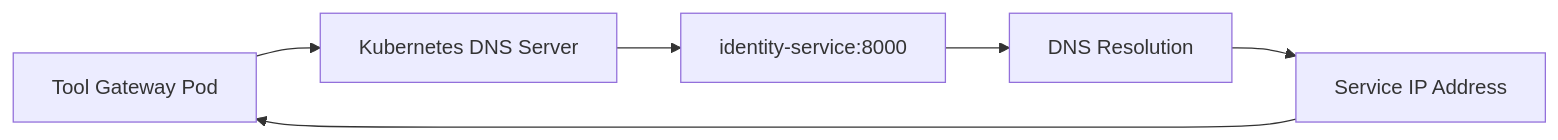
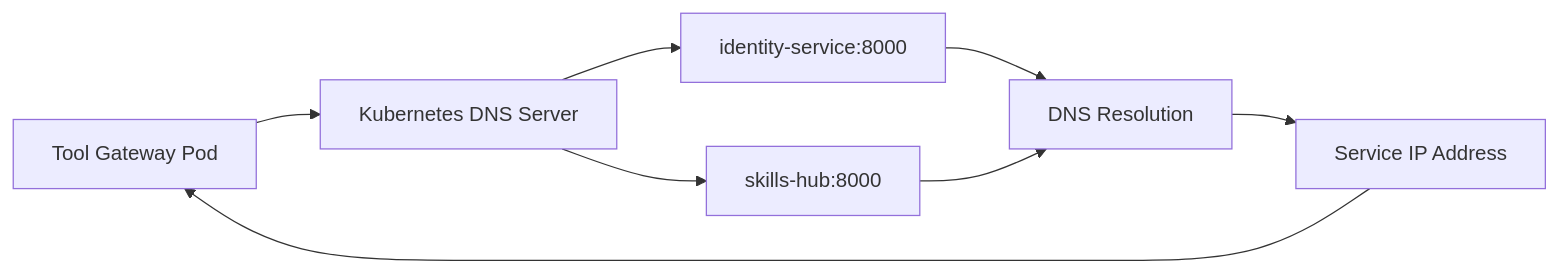
Before and after one commit to metasync/luban-aiops: the fifth of 11 diagrams in .qoder/repowiki/en/content/Tool Gateway Service/Configuration and Environment Setup.md, drawn with Mermaid. The commit also changed other lines of this file and 64 other files, not shown here.

Commit message:
docs: refresh repowiki knowledge cache for SPEC-014 skills hub

````diff
--- a/.qoder/repowiki/en/content/Tool Gateway Service/Configuration and Environment Setup.md
+++ b/.qoder/repowiki/en/content/Tool Gateway Service/Configuration and Environment Setup.md
@@ -207,8 +232,10 @@
 ```mermaid
 graph LR
 Client["Tool Gateway Pod"] --> DNS["Kubernetes DNS Server"]
 DNS --> Identity["identity-service:8000"]
+DNS --> SkillsHub["skills-hub:8000"]
 Identity --> Resolver["DNS Resolution"]
+SkillsHub --> Resolver
 Resolver --> IP["Service IP Address"]
 IP --> Client
 ```
````
